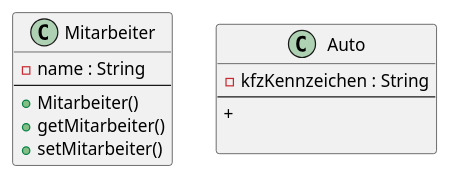
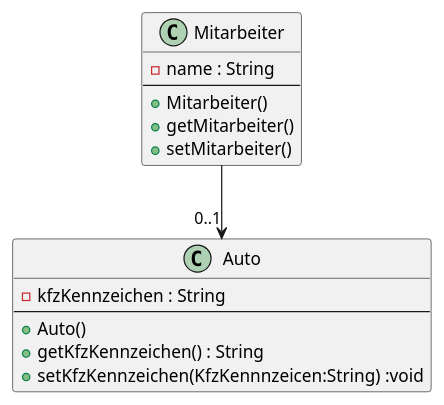
Before and after one commit to Martin1088/Java-With-Screenreader: the diagram in Grimme/Assoziation/src/Dienstwagen/Dienstwagen.puml, drawn with PlantUML. The commit also changed 3 other files, not shown here.

```diff
--- a/Grimme/Assoziation/src/Dienstwagen/Dienstwagen.puml
+++ b/Grimme/Assoziation/src/Dienstwagen/Dienstwagen.puml
@@ -1,15 +1,17 @@
 @startuml
 class Mitarbeiter {
   -name : String
 --
   +Mitarbeiter()
   +getMitarbeiter()
   +setMitarbeiter()
 }
 class Auto {
   -kfzKennzeichen : String
  --
-  +
-
+  +Auto()
+  +getKfzKennzeichen() : String
+  +setKfzKennzeichen(KfzKennnzeicen:String) :void
 }
+Mitarbeiter --> "0..1" Auto
 @enduml
```
